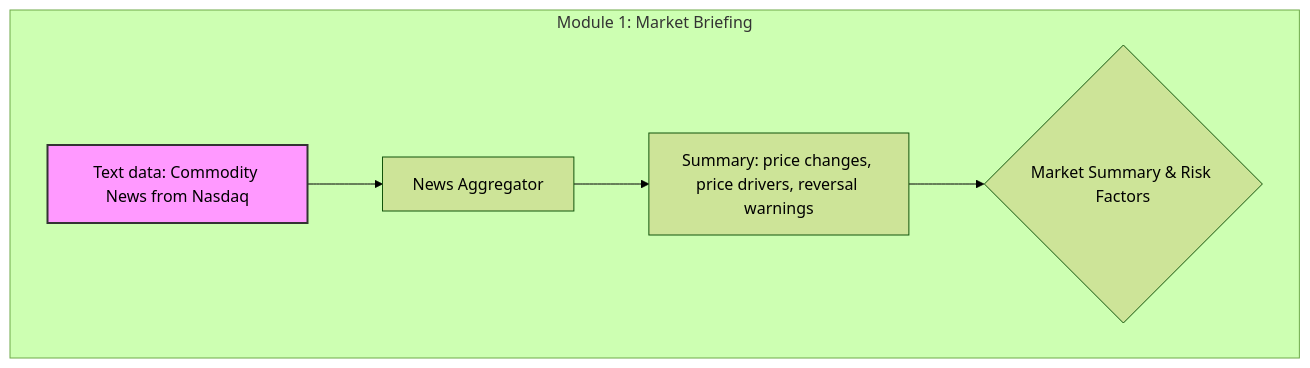
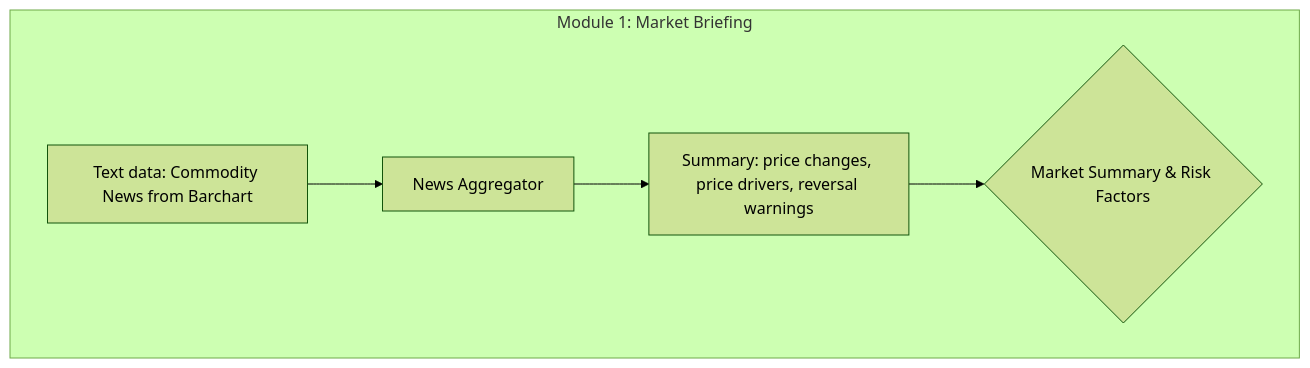
One commit to juwyang/UMCO changed the first of 2 diagrams in docs/index.md. Above: the diagram before and after it, drawn with Mermaid (forest theme). The commit also changed other lines of this file and 5 other files, not shown here.

```diff
--- a/docs/index.md
+++ b/docs/index.md
@@ -24,12 +24,9 @@
 <div class="mermaid">
 graph TD
     subgraph module1 [Module 1: Market Briefing]
         direction LR
-        A[Text data: Commodity News from Nasdaq] --> B1[News Aggregator]
+        A[Text data: Commodity News from Barchart] --> B1[News Aggregator]
         B1 --> B2[Summary: price changes, price drivers, reversal warnings]    
         B2 --> C_OUT{Market Summary & Risk Factors}
     end
-  
-    %% Styling %%
-    style A fill:#f9f,stroke:#333,stroke-width:2px
 </div>
```
